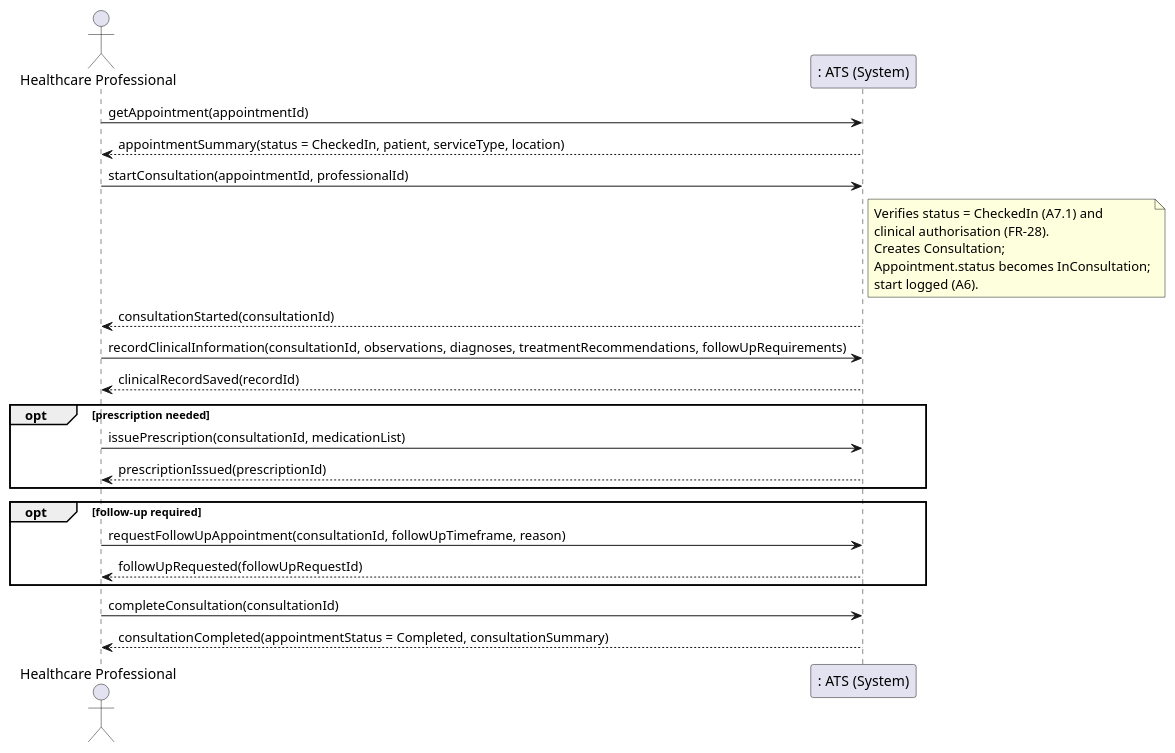
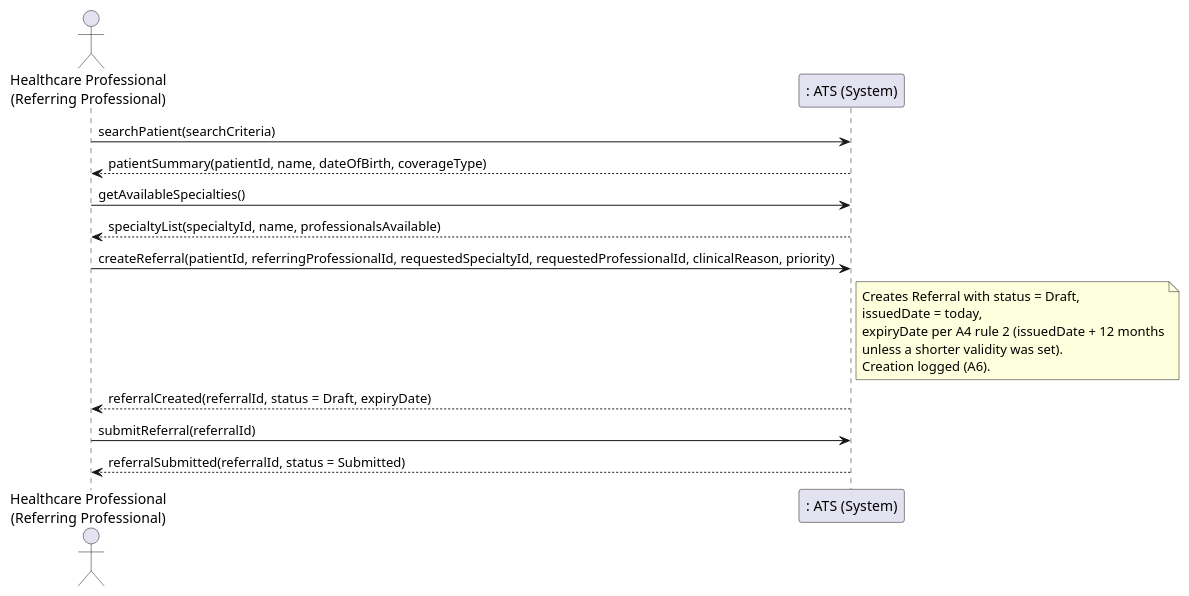
The first of 2 diagrams in reference-drafts/iteration-1/04-uc06-conduct-consultation.md (ArhamAkram/SOEN342-project), drawn with PlantUML before and after one commit. The commit also changed other lines of this file, not shown here.

````diff
--- a/reference-drafts/iteration-1/04-uc06-conduct-consultation.md
+++ b/reference-drafts/iteration-1/04-uc06-conduct-consultation.md
@@ -123,35 +117,25 @@
 ```plantuml
 @startuml
-actor "Healthcare Professional" as Actor
+actor "Healthcare Professional\n(Referring Professional)" as Actor
 participant ": ATS (System)" as System
 
-Actor -> System : getAppointment(appointmentId)
-System --> Actor : appointmentSummary(status = CheckedIn, patient, serviceType, location)
+Actor -> System : searchPatient(searchCriteria)
+System --> Actor : patientSummary(patientId, name, dateOfBirth, coverageType)
 
-Actor -> System : startConsultation(appointmentId, professionalId)
+Actor -> System : getAvailableSpecialties()
+System --> Actor : specialtyList(specialtyId, name, professionalsAvailable)
+
+Actor -> System : createReferral(patientId, referringProfessionalId, requestedSpecialtyId, requestedProfessionalId, clinicalReason, priority)
 note right of System
-  Verifies status = CheckedIn (A7.1) and
-  clinical authorisation (FR-28).
-  Creates Consultation;
-  Appointment.status becomes InConsultation;
-  start logged (A6).
+  Creates Referral with status = Draft,
+  issuedDate = today,
+  expiryDate per A4 rule 2 (issuedDate + 12 months
+  unless a shorter validity was set).
+  Creation logged (A6).
 end note
-System --> Actor : consultationStarted(consultationId)
+System --> Actor : referralCreated(referralId, status = Draft, expiryDate)
 
-Actor -> System : recordClinicalInformation(consultationId, observations, diagnoses, treatmentRecommendations, followUpRequirements)
-System --> Actor : clinicalRecordSaved(recordId)
-
-opt prescription needed
-  Actor -> System : issuePrescription(consultationId, medicationList)
-  System --> Actor : prescriptionIssued(prescriptionId)
-end
-
-opt follow-up required
-  Actor -> System : requestFollowUpAppointment(consultationId, followUpTimeframe, reason)
-  System --> Actor : followUpRequested(followUpRequestId)
-end
-
-Actor -> System : completeConsultation(consultationId)
-System --> Actor : consultationCompleted(appointmentStatus = Completed, consultationSummary)
+Actor -> System : submitReferral(referralId)
+System --> Actor : referralSubmitted(referralId, status = Submitted)
 @enduml
 ```
````
